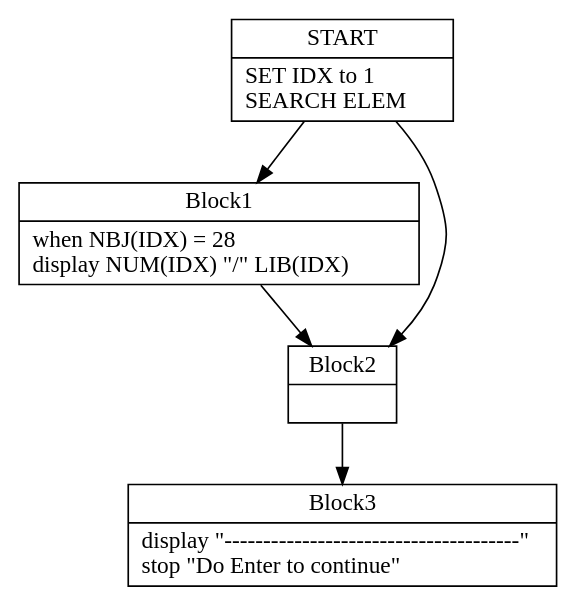
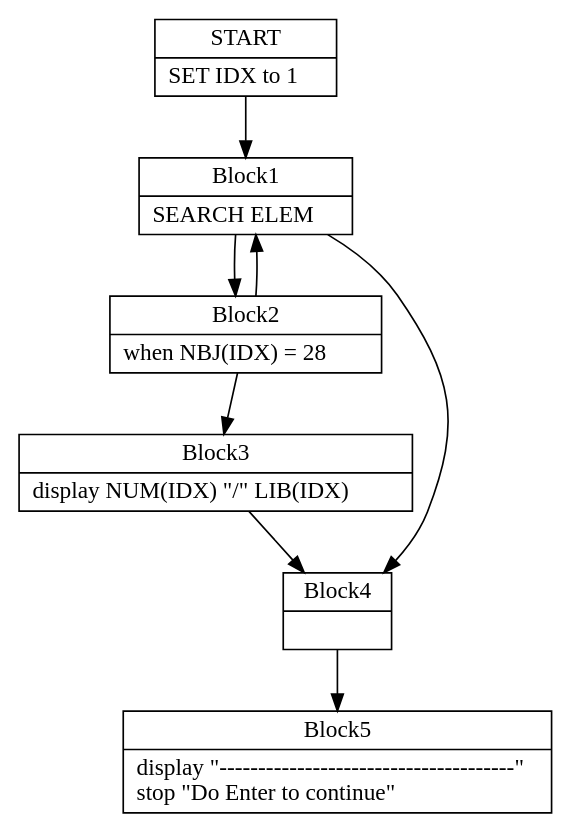
One commit to TypeCobolTeam/TypeCobol changed the diagram in TypeCobol.Analysis.Test/DotOutput/Search0.dot. Above: the diagram before and after it, drawn with Graphviz. The commit also changed 14 other files, not shown here.

Commit message:
WI #1269 Test CFG dot graphs and visualization.

```diff
--- a/TypeCobol.Analysis.Test/DotOutput/Search0.dot
+++ b/TypeCobol.Analysis.Test/DotOutput/Search0.dot
@@ -1,26 +1,35 @@
 digraph Cfg {
 node [
 shape = "record"
 ]
 
 edge [
 arrowtail = "empty"
 ]
 Block0 [
-label = "{START|    SET IDX to 1\l    SEARCH ELEM\l}"
+label = "{START|    SET IDX to 1\l}"
 ]
 Block1 [
-label = "{Block1|           when NBJ(IDX) = 28\l           display NUM(IDX) \"/\" LIB(IDX)\l}"
+label = "{Block1|    SEARCH ELEM\l}"
 ]
 Block2 [
-label = "{Block2|}"
+label = "{Block2|           when NBJ(IDX) = 28\l}"
 ]
 Block3 [
-label = "{Block3|    display \"--------------------------------------\"\l    stop \"Do Enter to continue\"\l}"
+label = "{Block3|           display NUM(IDX) \"/\" LIB(IDX)\l}"
+]
+Block4 [
+label = "{Block4|}"
+]
+Block5 [
+label = "{Block5|    display \"--------------------------------------\"\l    stop \"Do Enter to continue\"\l}"
 ]
 Block0 -> Block1
-Block0 -> Block2
 Block1 -> Block2
+Block1 -> Block4
 Block2 -> Block3
+Block2 -> Block1
+Block3 -> Block4
+Block4 -> Block5
 
 }
```
